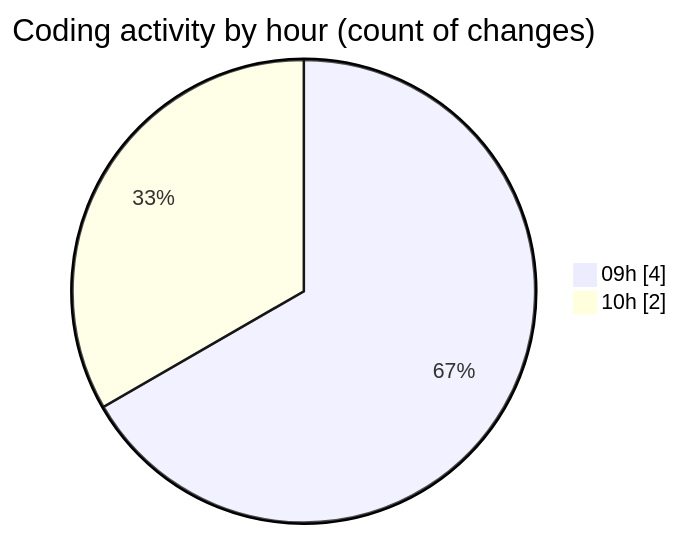
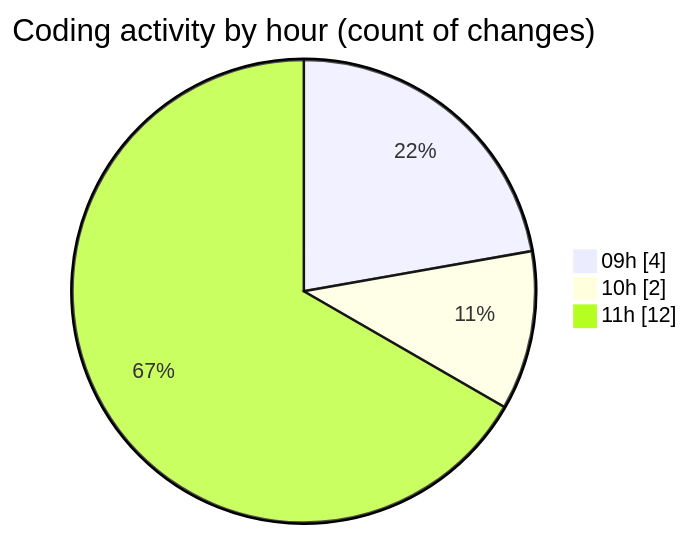
One commit to Elitesun/code-tracking changed the second of 2 diagrams in 2025-05-03/niten/README.md. Above: the diagram before and after it, drawn with Mermaid. The commit also changed other lines of this file and 1 other file, not shown here.

````diff
--- a/2025-05-03/niten/README.md
+++ b/2025-05-03/niten/README.md
@@ -29,6 +31,7 @@
 ```mermaid
 pie showData
 title Coding activity by hour (count of changes)
 "09h" : 4
 "10h" : 2
+"11h" : 12
 ```
````
